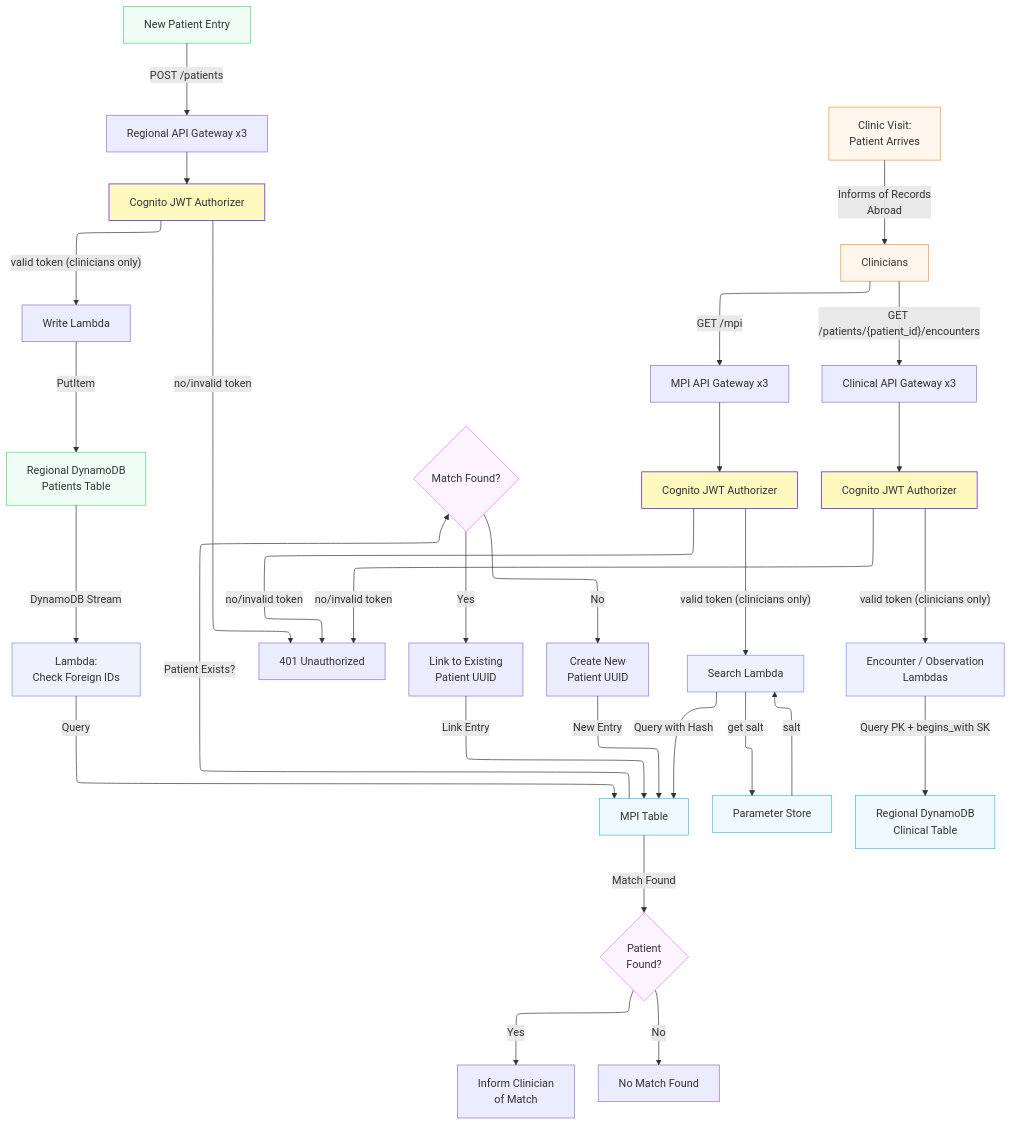
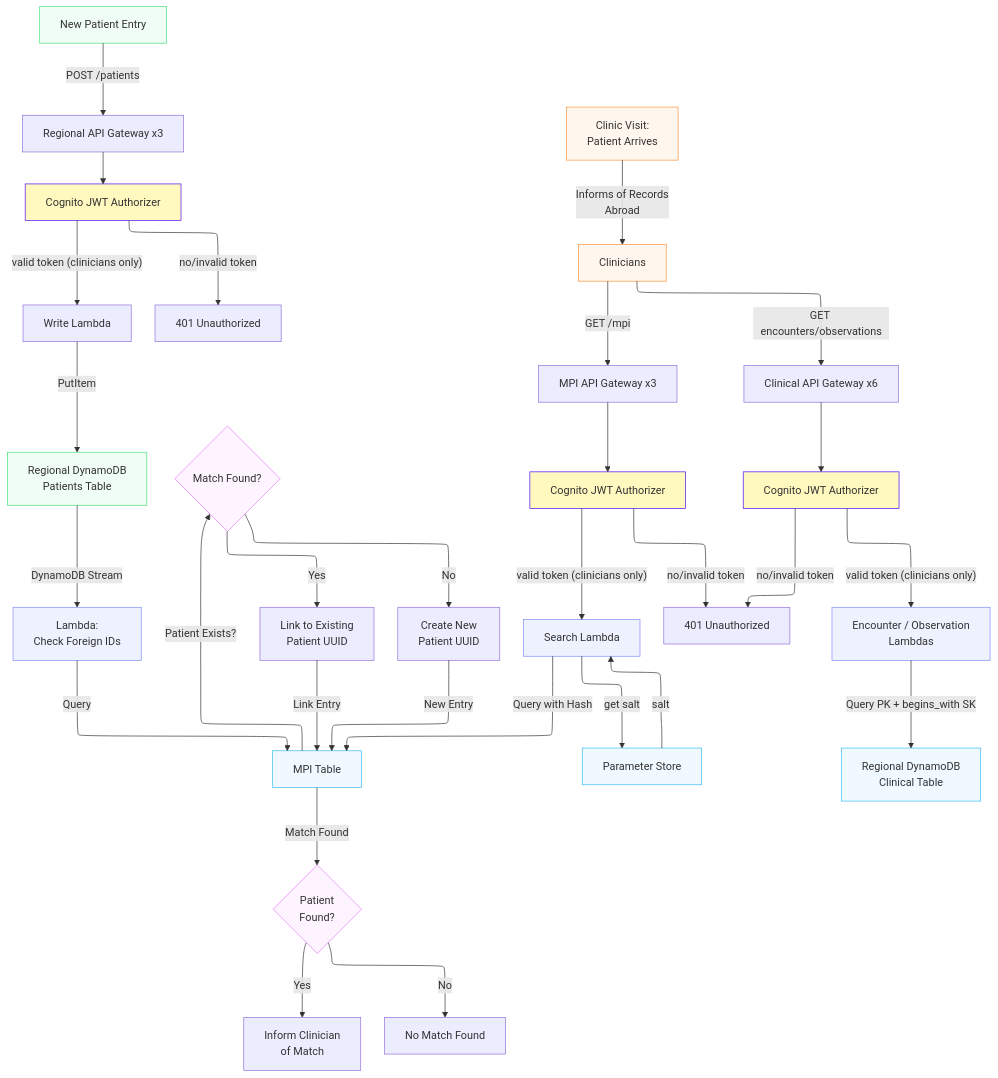
The diagram in README.md (tobsterin/Multi-Region-EHR-API), drawn with Mermaid before and after one commit.

Commit message:
Update README with improved error handling details

````diff
--- a/README.md
+++ b/README.md
@@ -21,59 +21,59 @@
 ```mermaid
 ---
 config:
   layout: elk
 ---
 flowchart TB
     A["New Patient Entry"] -- POST /patients --> AG1["Regional API Gateway x3"]
     AG1 --> AUTH1["Cognito JWT Authorizer"]
     AUTH1 -- valid token (clinicians only) --> WL["Write Lambda"]
     AUTH1 -- no/invalid token --> X["401 Unauthorized"]
     WL -- PutItem --> B["Regional DynamoDB<br>Patients Table"]
     B -- DynamoDB Stream --> C["Lambda:<br>Check Foreign IDs"]
     C -- Query --> D["MPI Table"]
     D -- Patient Exists? --> E{"Match Found?"}
     E -- Yes --> F["Link to Existing<br>Patient UUID"]
     E -- No --> G["Create New<br>Patient UUID"]
     F -- Link Entry --> D
     G -- New Entry --> D
     I["Clinic Visit:<br>Patient Arrives"] -- Informs of Records<br>Abroad --> J["Clinicians"]
     J -- GET /mpi --> AG2["MPI API Gateway x3"]
     AG2 --> AUTH2["Cognito JWT Authorizer"]
     AUTH2 -- valid token (clinicians only) --> K["Search Lambda"]
-    AUTH2 -- no/invalid token --> X
+    AUTH2 -- no/invalid token --> X1["401 Unauthorized"]
     K -- get salt --> L["Parameter Store"]
     L -- salt --> K
     K -- Query with Hash --> D
     D -- Match Found --> M{"Patient<br>Found?"}
     M -- Yes --> N["Inform Clinician<br>of Match"]
     M -- No --> O["No Match Found"]
-    J -- GET /patients/{patient_id}/encounters --> AG3["Clinical API Gateway x3"]
+    J -- GET encounters/observations --> AG3["Clinical API Gateway x6"]
     AG3 --> AUTH3["Cognito JWT Authorizer"]
     AUTH3 -- valid token (clinicians only) --> CL["Encounter / Observation<br>Lambdas"]
-    AUTH3 -- no/invalid token --> X
+    AUTH3 -- no/invalid token --> X1["401 Unauthorized"]
     CL -- Query PK + begins_with SK --> CV["Regional DynamoDB<br>Clinical Table"]
 
 
      A:::creation
      B:::creation
      C:::lambda
      D:::database
      E:::decision
      I:::clinician
      J:::clinician
      K:::lambda
      L:::database
      M:::decision
      AUTH1:::auth
      AUTH2:::auth
      AUTH3:::auth
      CL:::lambda
      CV:::database
     classDef creation fill:#f0fdf4,stroke:#4ade80
     classDef lambda fill:#eef2ff,stroke:#818cf8
     classDef database fill:#f0f9ff,stroke:#38bdf8
     classDef clinician fill:#fff7ed,stroke:#fb923c
     classDef decision fill:#fdf4ff,stroke:#e879f9
     classDef auth fill:#fff8bf,stroke:#4a0bf6
     
 ```
````
